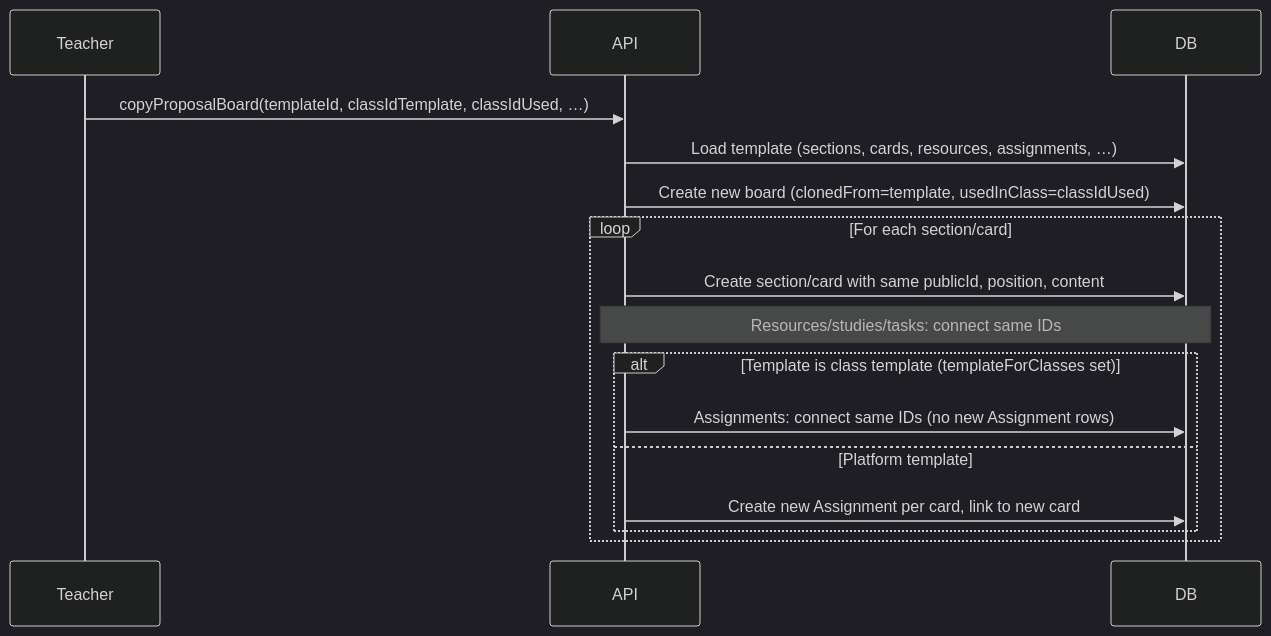
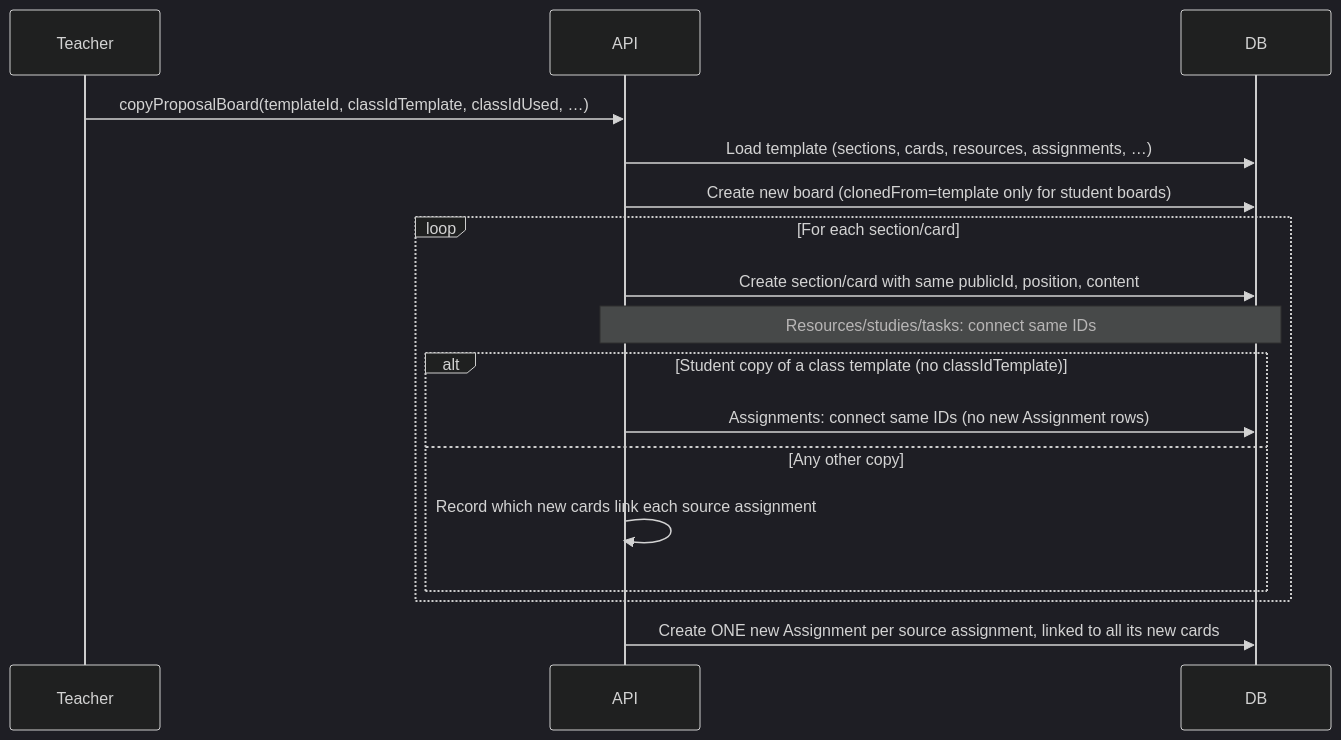
The fourth of 6 diagrams in keystone/docs/assignment-resources-board-propagation.md (mindhiveproject/mindhive), drawn with Mermaid (dark theme) before and after one commit. The commit also changed other lines of this file and 7 other files, not shown here.

Commit message:
(teacherclass) give class template copies own assignments, staff edit in card, repair mutation

````diff
--- a/keystone/docs/assignment-resources-board-propagation.md
+++ b/keystone/docs/assignment-resources-board-propagation.md
@@ -122,19 +122,20 @@
 ```mermaid
 sequenceDiagram
   participant Teacher
   participant API
   participant DB
 
   Teacher->>API: copyProposalBoard(templateId, classIdTemplate, classIdUsed, …)
   API->>DB: Load template (sections, cards, resources, assignments, …)
-  API->>DB: Create new board (clonedFrom=template, usedInClass=classIdUsed)
+  API->>DB: Create new board (clonedFrom=template only for student boards)
   loop For each section/card
     API->>DB: Create section/card with same publicId, position, content
     Note over API,DB: Resources/studies/tasks: connect same IDs
-    alt Template is class template (templateForClasses set)
+    alt Student copy of a class template (no classIdTemplate)
       API->>DB: Assignments: connect same IDs (no new Assignment rows)
-    else Platform template
-      API->>DB: Create new Assignment per card, link to new card
+    else Any other copy
+      API->>API: Record which new cards link each source assignment
     end
   end
+  API->>DB: Create ONE new Assignment per source assignment, linked to all its new cards
 ```
````
